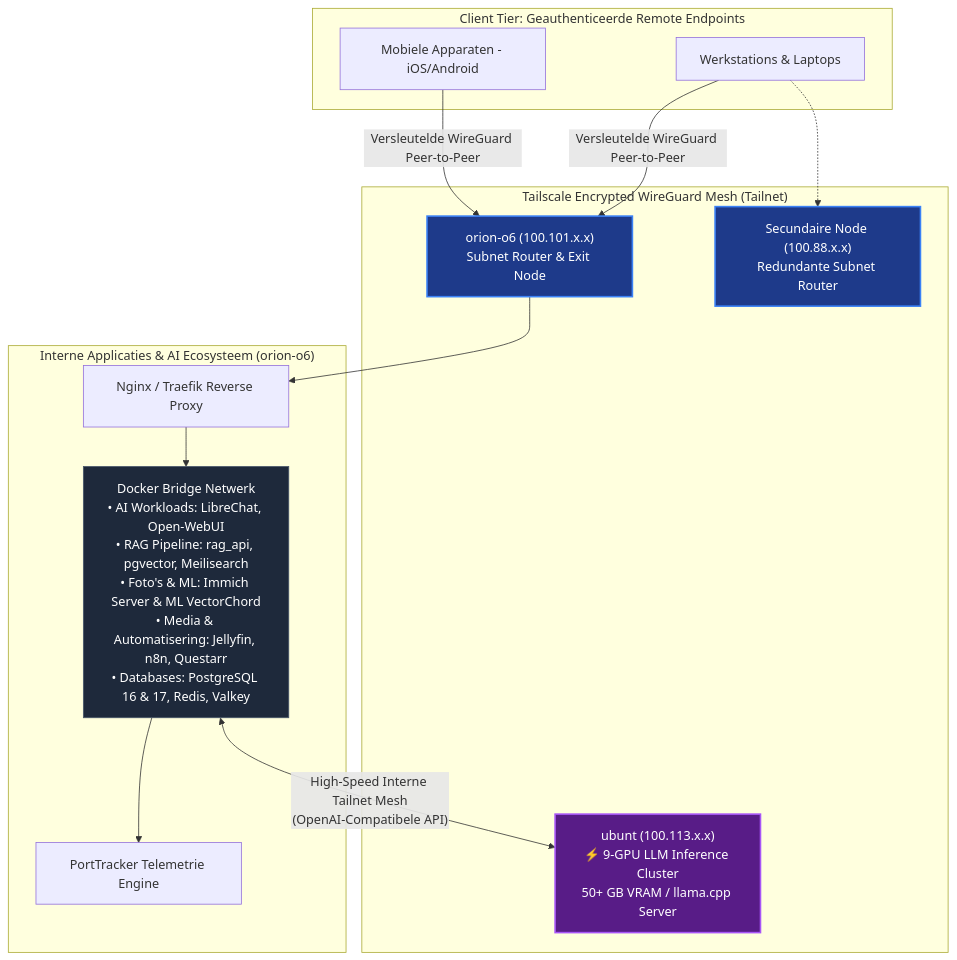
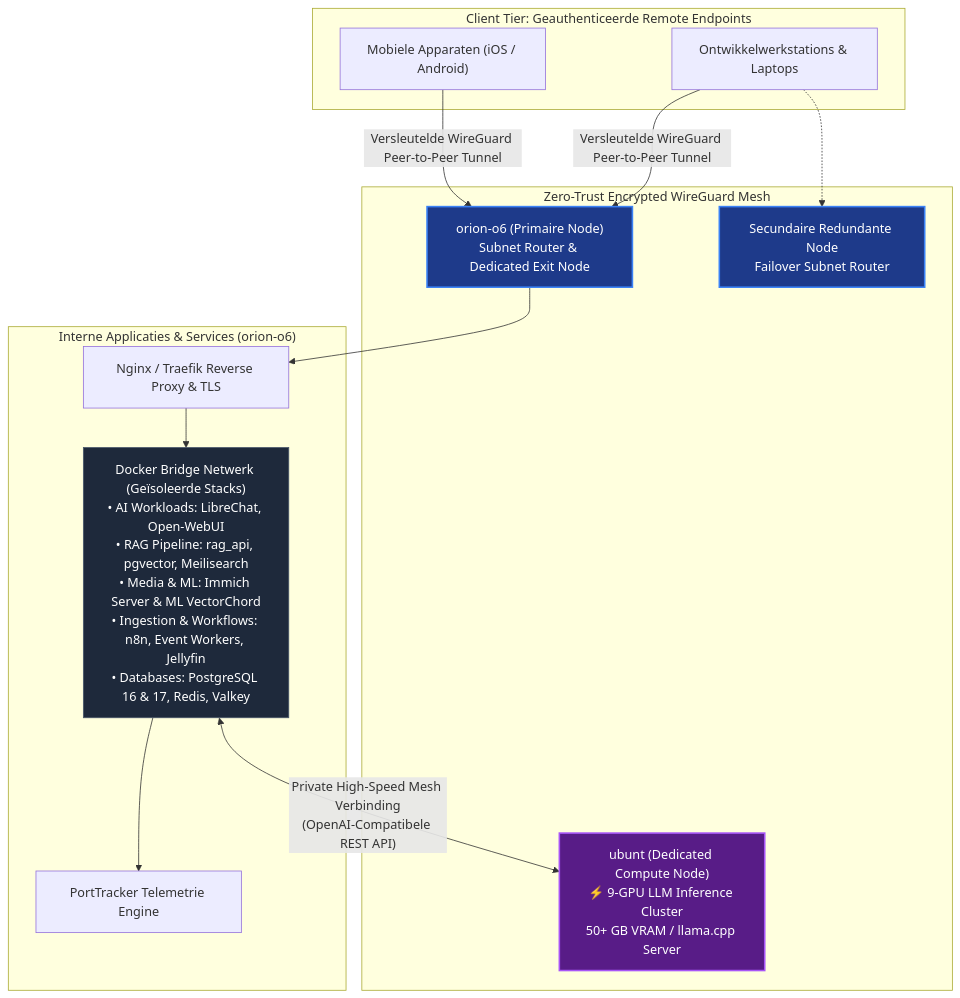
The diagram in content/projects/homelab/index.nl.md (sebian-lab/sebian-lab.github.io), drawn with Mermaid before and after one commit. The commit also changed other lines of this file and 406 other files, not shown here.

```diff
--- a/content/projects/homelab/index.nl.md
+++ b/content/projects/homelab/index.nl.md
@@ -53,35 +80,35 @@
 {{< mermaid >}}
 graph TD
     subgraph ClientTier ["Client Tier: Geauthenticeerde Remote Endpoints"]
-        DevPC["Werkstations & Laptops"]
-        Mobile["Mobiele Apparaten - iOS/Android"]
+        DevPC["Ontwikkelwerkstations & Laptops"]
+        Mobile["Mobiele Apparaten (iOS / Android)"]
     end
 
-    subgraph Tailnet ["Tailscale Encrypted WireGuard Mesh (Tailnet)"]
-        Router1["orion-o6 (100.101.x.x)<br>Subnet Router & Exit Node"]
-        Router2["Secundaire Node (100.88.x.x)<br>Redundante Subnet Router"]
-        GPUCluster["ubunt (100.113.x.x)<br>⚡ 9-GPU LLM Inference Cluster<br>50+ GB VRAM / llama.cpp Server"]
+    subgraph Tailnet ["Zero-Trust Encrypted WireGuard Mesh"]
+        Router1["orion-o6 (Primaire Node)<br>Subnet Router & Dedicated Exit Node"]
+        Router2["Secundaire Redundante Node<br>Failover Subnet Router"]
+        GPUCluster["ubunt (Dedicated Compute Node)<br>⚡ 9-GPU LLM Inference Cluster<br>50+ GB VRAM / llama.cpp Server"]
     end
 
-    subgraph InternalApps ["Interne Applicaties & AI Ecosysteem (orion-o6)"]
-        NginxProxy["Nginx / Traefik Reverse Proxy"]
-        Containers["Docker Bridge Netwerk<br>• AI Workloads: LibreChat, Open-WebUI<br>• RAG Pipeline: rag_api, pgvector, Meilisearch<br>• Foto's & ML: Immich Server & ML VectorChord<br>• Media & Automatisering: Jellyfin, n8n, Questarr<br>• Databases: PostgreSQL 16 & 17, Redis, Valkey"]
+    subgraph InternalApps ["Interne Applicaties & Services (orion-o6)"]
+        NginxProxy["Nginx / Traefik Reverse Proxy & TLS"]
+        Containers["Docker Bridge Netwerk (Geïsoleerde Stacks)<br>• AI Workloads: LibreChat, Open-WebUI<br>• RAG Pipeline: rag_api, pgvector, Meilisearch<br>• Media & ML: Immich Server & ML VectorChord<br>• Ingestion & Workflows: n8n, Event Workers, Jellyfin<br>• Databases: PostgreSQL 16 & 17, Redis, Valkey"]
         Monitoring["PortTracker Telemetrie Engine"]
     end
 
-    DevPC -->|"Versleutelde WireGuard Peer-to-Peer"| Router1
-    Mobile -->|"Versleutelde WireGuard Peer-to-Peer"| Router1
+    DevPC -->|"Versleutelde WireGuard Peer-to-Peer Tunnel"| Router1
+    Mobile -->|"Versleutelde WireGuard Peer-to-Peer Tunnel"| Router1
     DevPC -.-> Router2
 
     Router1 --> NginxProxy
     NginxProxy --> Containers
     Containers --> Monitoring
 
-    %% Verbinding tussen AI frontends en 9-GPU cluster
-    Containers <-->|"High-Speed Interne Tailnet Mesh<br>(OpenAI-Compatibele API)"| GPUCluster
+    %% Private communicatie tussen AI frontends en 9-GPU cluster
+    Containers <-->|"Private High-Speed Mesh Verbinding<br>(OpenAI-Compatibele REST API)"| GPUCluster
 
     style Router1 fill:#1e3a8a,stroke:#3b82f6,stroke-width:2px,color:#fff
     style Router2 fill:#1e3a8a,stroke:#3b82f6,stroke-width:2px,color:#fff
     style GPUCluster fill:#581c87,stroke:#a855f7,stroke-width:2px,color:#fff
     style Containers fill:#1e293b,stroke:#475569,color:#fff
 {{< /mermaid >}}
```
